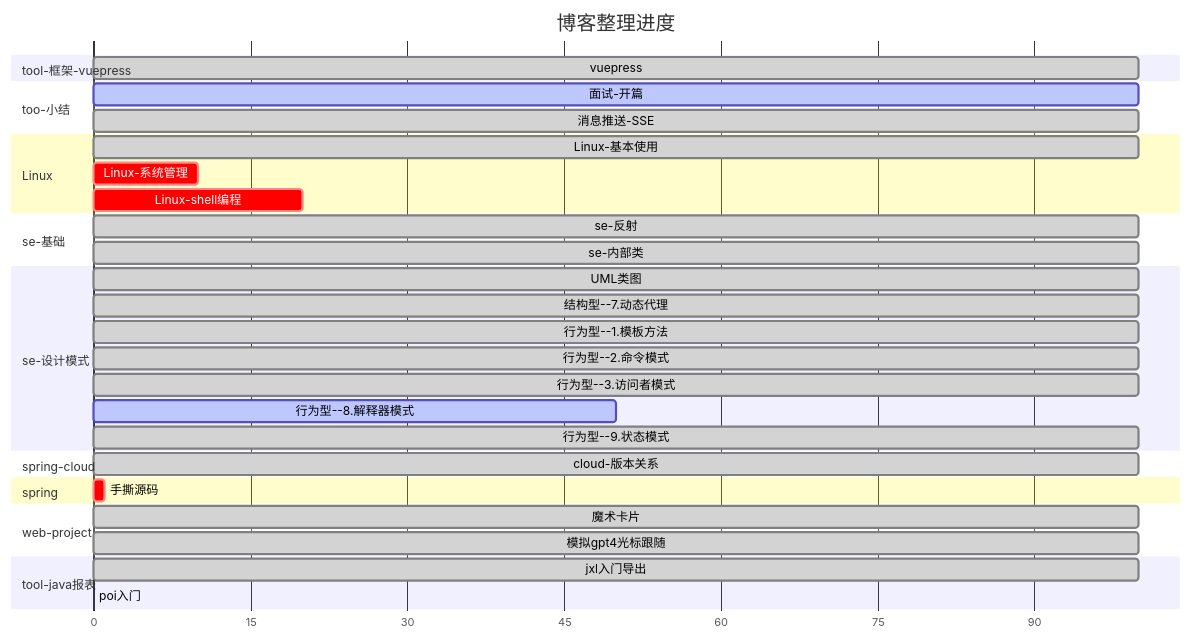
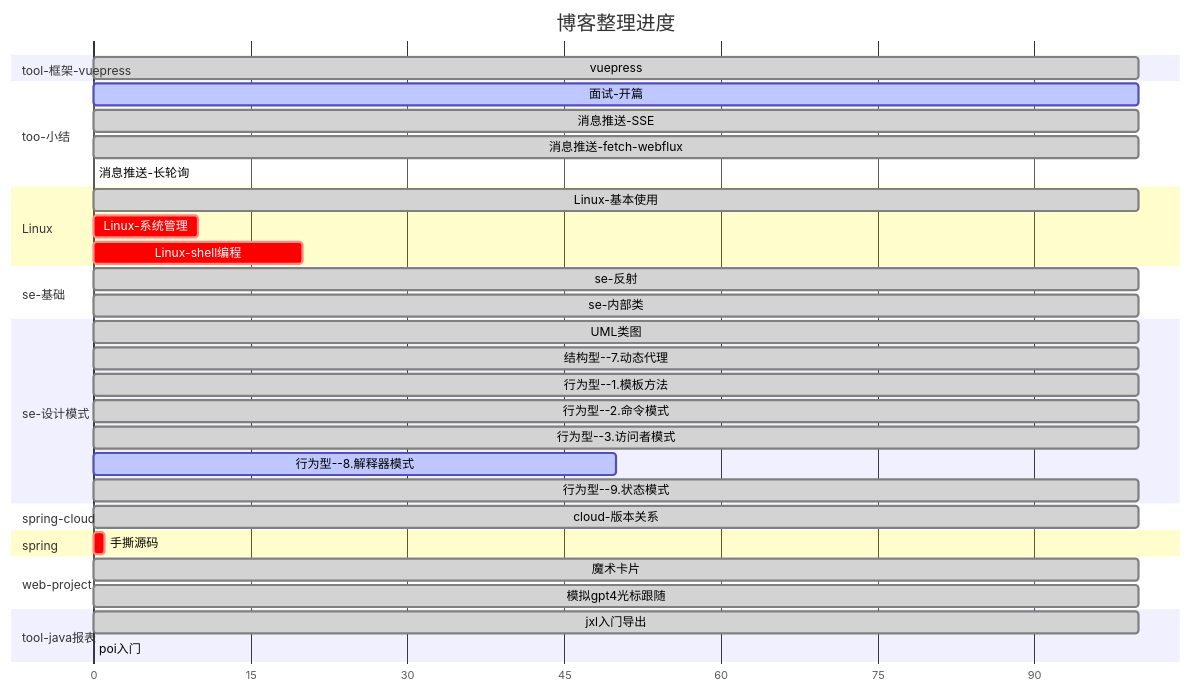
The diagram in docs/README.md (zs-mcu/docs), drawn with Mermaid before and after one commit. The commit also changed 4 other files, not shown here.

Commit message:
fetch-webflux demo

````diff
--- a/docs/README.md
+++ b/docs/README.md
@@ -30,50 +30,52 @@
 ```mermaid
 gantt
   title 博客整理进度
   dateFormat X
   axisFormat %s
 
   section tool-框架-vuepress
   vuepress        : done,0,100
 
   section too-小结
   面试-开篇          : active,0, 100
 
   消息推送-SSE      : done,0, 100
+  消息推送-fetch-webflux : done,0,100
+  消息推送-长轮询 : 0,0
 
 
   section Linux
   Linux-基本使用    : done,0,100
   Linux-系统管理    : crit,0,10
   Linux-shell编程   : crit,0,20
 
   section se-基础
   se-反射           :  done,0, 100
   se-内部类         :  done,0,100
 
   section se-设计模式
   UML类图   : done,0,100
   结构型--7.动态代理   : done,0, 100
   行为型--1.模板方法   : done,0,100
   行为型--2.命令模式   : done,0,100
   行为型--3.访问者模式 : done,0,100
   行为型--8.解释器模式 : active,0,50
   行为型--9.状态模式  : done,0,100
   
 
   section spring-cloud
   cloud-版本关系    : done,0, 100
 
   section spring
   手撕源码          : crit,0, 1
 
 
   section web-project
   魔术卡片          : done,0,100
   模拟gpt4光标跟随   : done,0,100
 
   section tool-java报表
   jxl入门导出       :done,0,100
   poi入门          :crit,0,0
   
 ```
````
